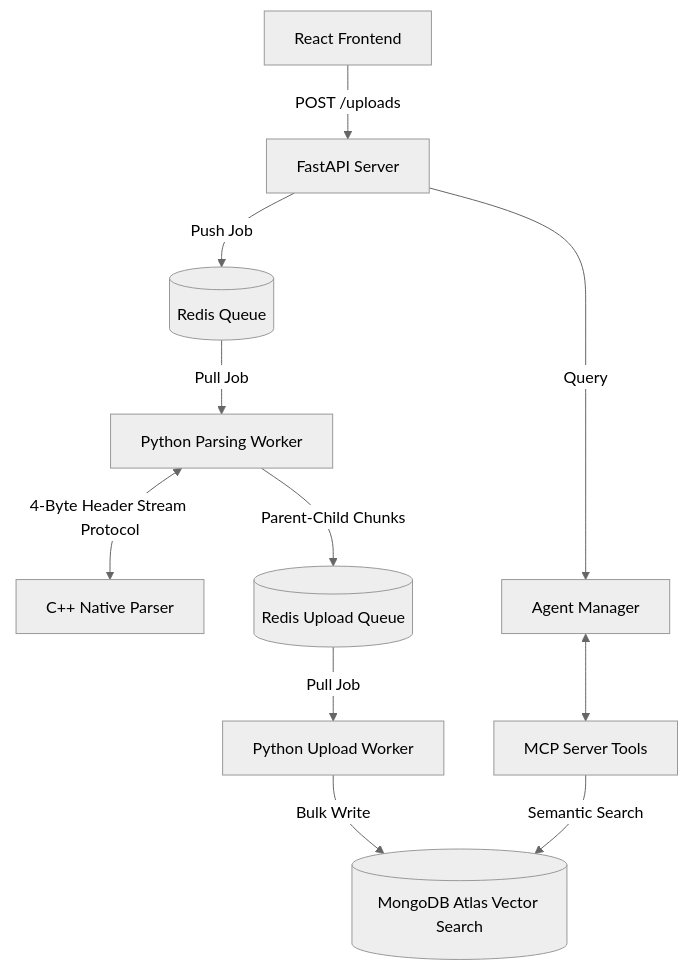
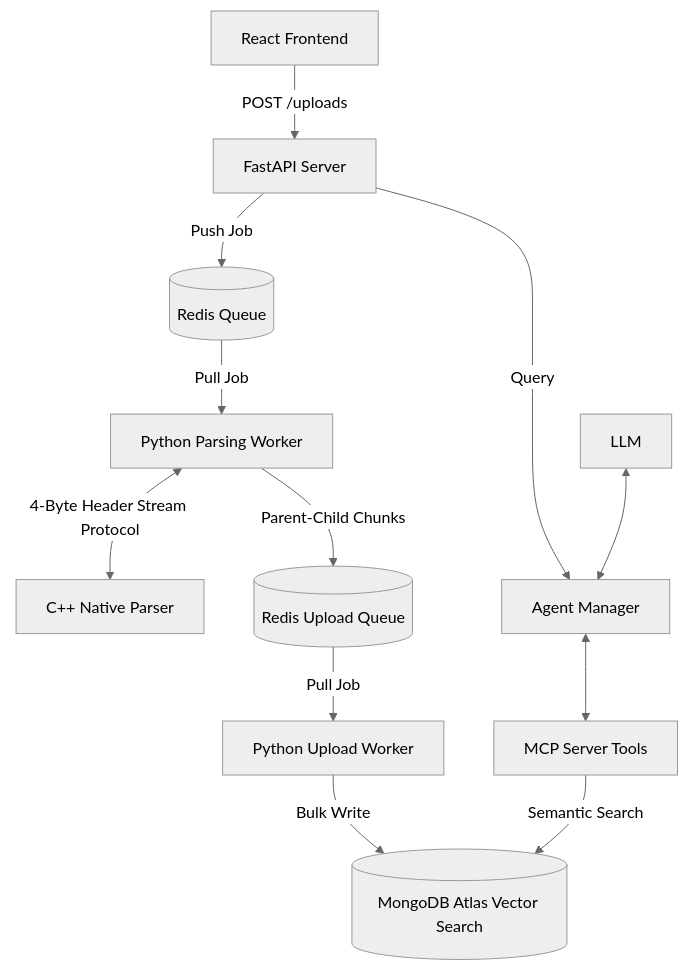
The diagram in README.md (Prasann3/MCP-Server), drawn with Mermaid (neutral theme) before and after one commit.

Commit message:
README added

````diff
--- a/README.md
+++ b/README.md
@@ -31,13 +31,14 @@
 ```mermaid
 graph TD
     A[React Frontend] -->|POST /uploads| B[FastAPI Server]
     B -->|Push Job| C[(Redis Queue)]
     C -->|Pull Job| D[Python Parsing Worker]
     D <-->|4-Byte Header Stream Protocol| E[C++ Native Parser]
     D -->|Parent-Child Chunks| F[(Redis Upload Queue)]
     F -->|Pull Job| G[Python Upload Worker]
     G -->|Bulk Write| H[(MongoDB Atlas Vector Search)]
     B -->|Query| I[Agent Manager]
     I <--> J[MCP Server Tools]
     J -->|Semantic Search| H
+    K[LLM] <--> I
 ```
````
